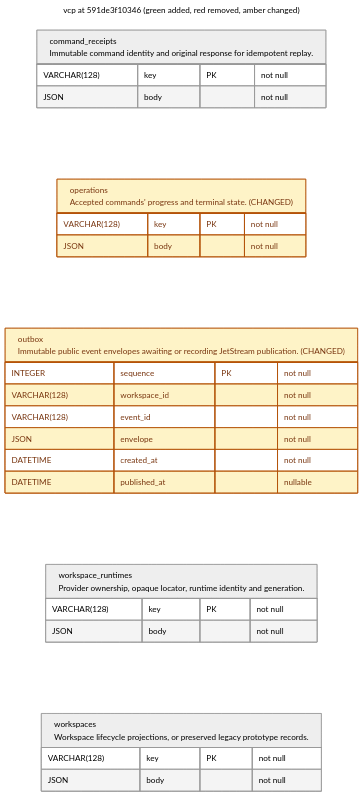
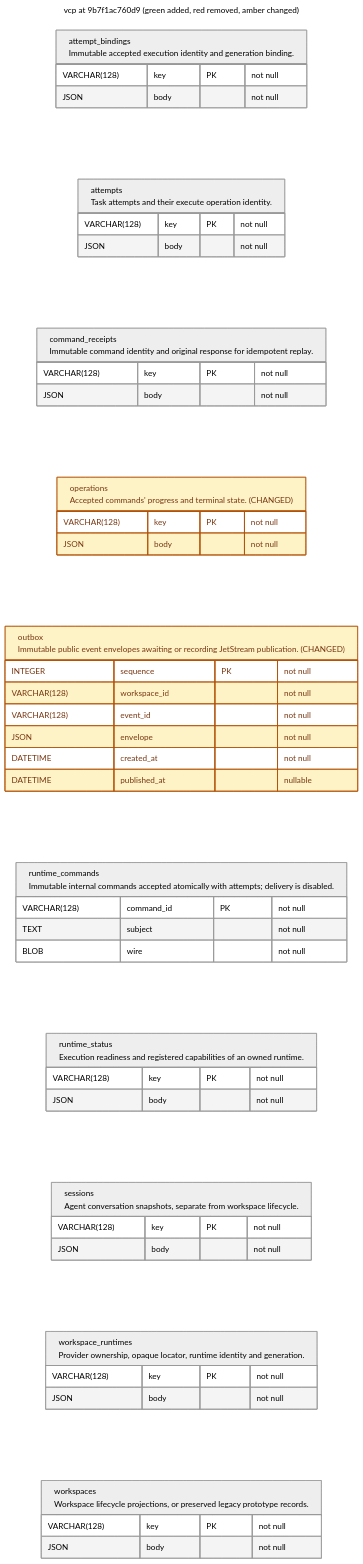
One commit to OpenEngine/OpenEngine changed the diagram in v2/docs/schema/latest_vcp.mermaid. Above: the diagram before and after it, drawn with Mermaid. The commit also changed 19 other files, not shown here.

First line of the commit message:
feat(v2-vcp): accept execution with durable sessions and attempts (#1286)

```diff
--- a/v2/docs/schema/latest_vcp.mermaid
+++ b/v2/docs/schema/latest_vcp.mermaid
@@ -1,39 +1,60 @@
 ---
-title: vcp at 591de3f10346 (green added, red removed, amber changed)
+title: vcp at 9b7f1ac760d9 (green added, red removed, amber changed)
 config:
   theme: neutral
 ---
 erDiagram
     direction LR
     %% REMOVED tables/columns are tombstones, absent from this revision's schema.
     %% Column changes include type, nullability, default and key membership.
     %% Table changes also include indexes and constraints.
     classDef added fill:#dcfce7,stroke:#15803d,color:#14532d
     classDef removed fill:#fee2e2,stroke:#b91c1c,color:#7f1d1d
     classDef changed fill:#fef3c7,stroke:#b45309,color:#78350f
+    attempt_bindings["attempt_bindings<br/>Immutable accepted execution identity and generation binding."] {
+        VARCHAR(128) key PK "not null"
+        JSON body "not null"
+    }
+    attempts["attempts<br/>Task attempts and their execute operation identity."] {
+        VARCHAR(128) key PK "not null"
+        JSON body "not null"
+    }
     command_receipts["command_receipts<br/>Immutable command identity and original response for idempotent replay."] {
         VARCHAR(128) key PK "not null"
         JSON body "not null"
     }
     operations["operations<br/>Accepted commands' progress and terminal state. (CHANGED)"] {
         VARCHAR(128) key PK "not null"
         JSON body "not null"
     }
     class operations changed
     outbox["outbox<br/>Immutable public event envelopes awaiting or recording JetStream publication. (CHANGED)"] {
         INTEGER sequence PK "not null"
         VARCHAR(128) workspace_id "not null"
         VARCHAR(128) event_id "not null"
         JSON envelope "not null"
         DATETIME created_at "not null"
         DATETIME published_at "nullable"
     }
     class outbox changed
+    runtime_commands["runtime_commands<br/>Immutable internal commands accepted atomically with attempts; delivery is disabled."] {
+        VARCHAR(128) command_id PK "not null"
+        TEXT subject "not null"
+        BLOB wire "not null"
+    }
+    runtime_status["runtime_status<br/>Execution readiness and registered capabilities of an owned runtime."] {
+        VARCHAR(128) key PK "not null"
+        JSON body "not null"
+    }
+    sessions["sessions<br/>Agent conversation snapshots, separate from workspace lifecycle."] {
+        VARCHAR(128) key PK "not null"
+        JSON body "not null"
+    }
     workspace_runtimes["workspace_runtimes<br/>Provider ownership, opaque locator, runtime identity and generation."] {
         VARCHAR(128) key PK "not null"
         JSON body "not null"
     }
     workspaces["workspaces<br/>Workspace lifecycle projections, or preserved legacy prototype records."] {
         VARCHAR(128) key PK "not null"
         JSON body "not null"
     }
```
